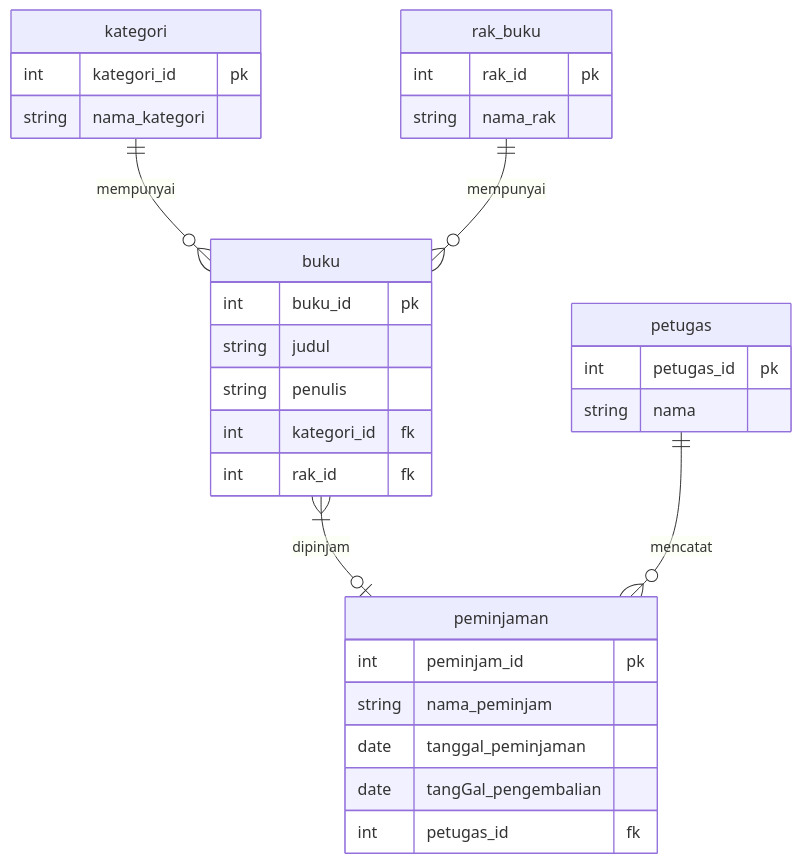
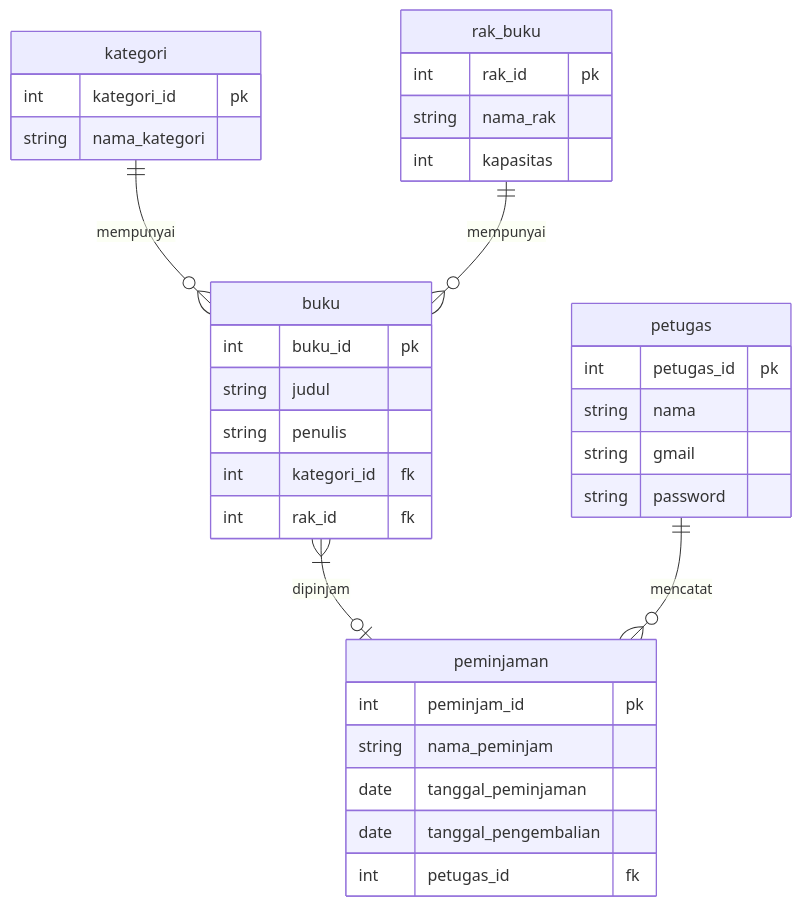
One commit to aqilknz/koda-b7-db1 changed the diagram in MINITASK1.md. Above: the diagram before and after it, drawn with Mermaid.

Commit message:
feat(docs): add attribute in table

````diff
--- a/MINITASK1.md
+++ b/MINITASK1.md
@@ -1,39 +1,42 @@
 ```mermaid
     erDiagram
     buku{
         int buku_id pk
         string judul
         string penulis
         int kategori_id fk
         int rak_id fk
     }
 
     kategori{
         int kategori_id pk
         string nama_kategori
 
     }
     rak_buku{
         int rak_id pk
         string nama_rak
+        int kapasitas
         
     }
     petugas{
         int petugas_id pk
         string nama
+        string gmail
+        string password
     }
     peminjaman{
         int peminjam_id pk
         string nama_peminjam
         date tanggal_peminjaman
-        date tangGal_pengembalian
+        date tanggal_pengembalian
         int petugas_id fk
     }
 
     kategori ||--o{ buku : mempunyai
     rak_buku ||--o{ buku : mempunyai
     buku }|--o| peminjaman : dipinjam
     petugas ||--o{ peminjaman : mencatat
 
 
 ```
````
